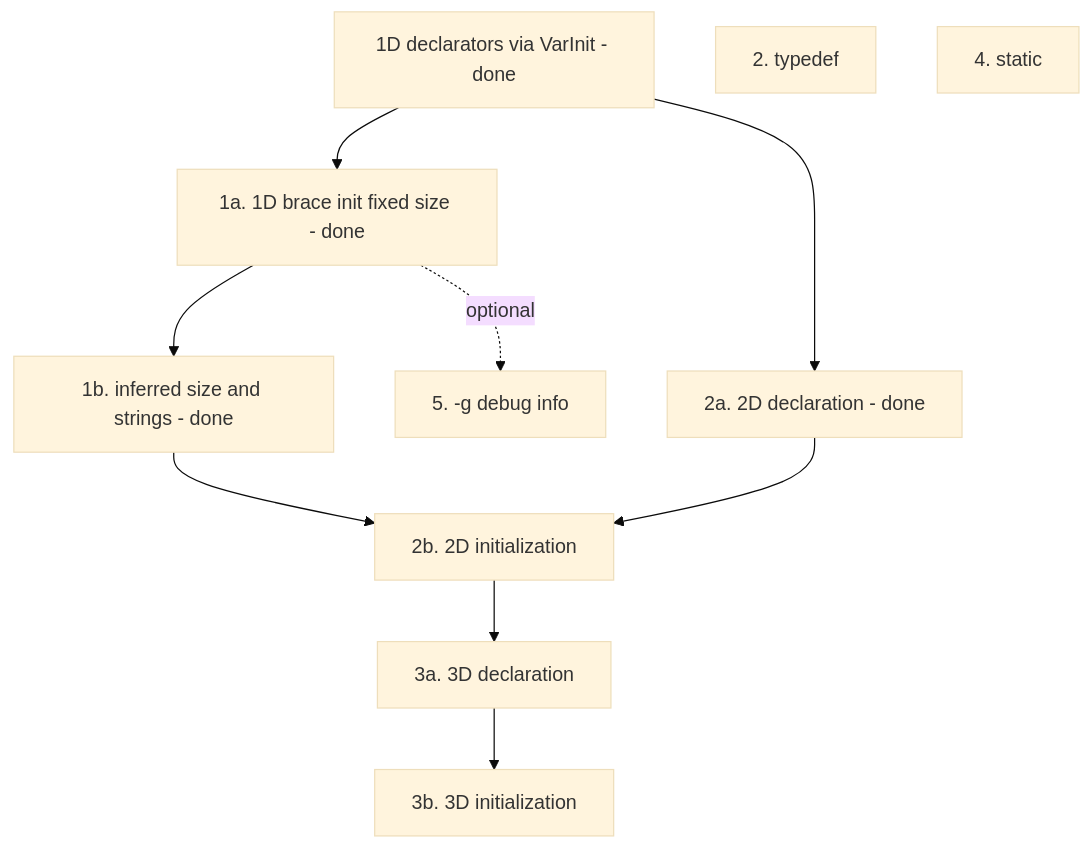
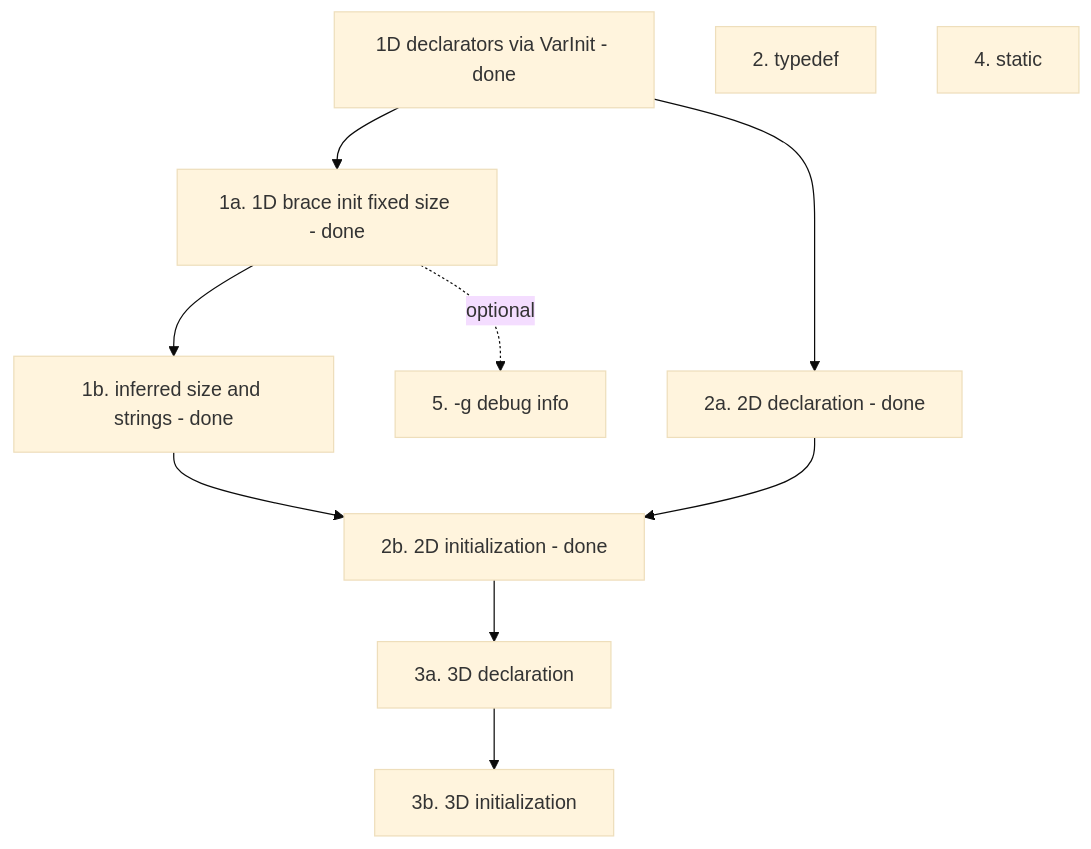
Before and after one commit to yanghuafang/lcc: the diagram in docs/Roadmap.md, drawn with Mermaid (base theme). The commit also changed other lines of this file and 18 other files, not shown here.

````diff
--- a/docs/Roadmap.md
+++ b/docs/Roadmap.md
@@ -45,23 +46,23 @@
 ```mermaid
 flowchart TD
   done[1D declarators via VarInit - done]
   init1a[1a. 1D brace init fixed size - done]
   init1b[1b. inferred size and strings - done]
   typedef[2. typedef]
   md2a[2a. 2D declaration - done]
-  md2b[2b. 2D initialization]
+  md2b[2b. 2D initialization - done]
   md3a[3a. 3D declaration]
   md3b[3b. 3D initialization]
   stat[4. static]
   dbg[5. -g debug info]
 
   done --> init1a --> init1b
   init1b --> md2b
   done --> md2a --> md2b
   md2b --> md3a --> md3b
   typedef
   stat
   dbg
 
   init1a -.->|optional| dbg
 ```
````
